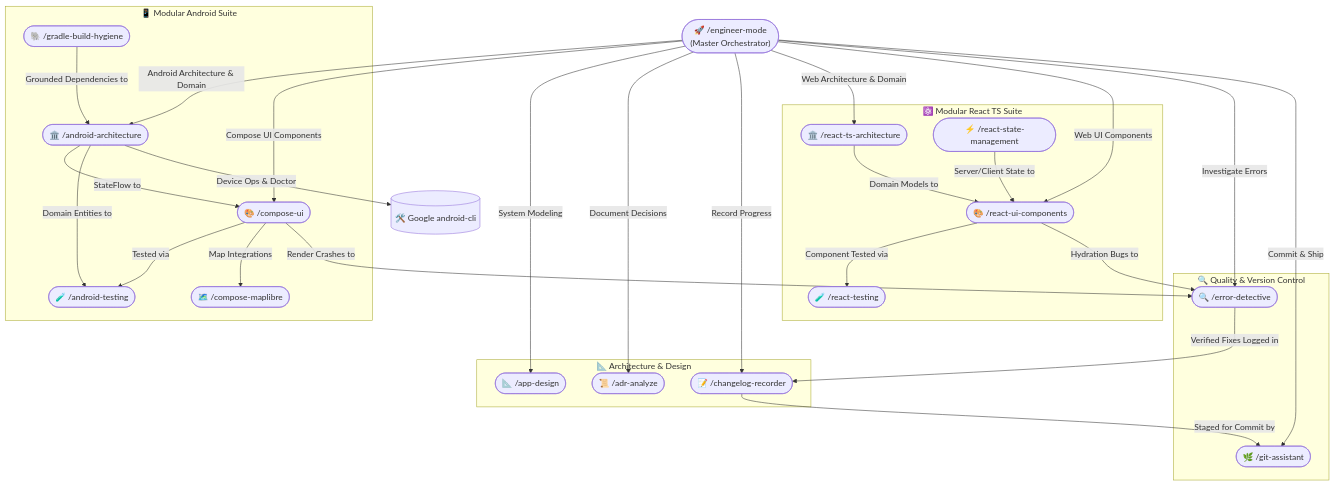
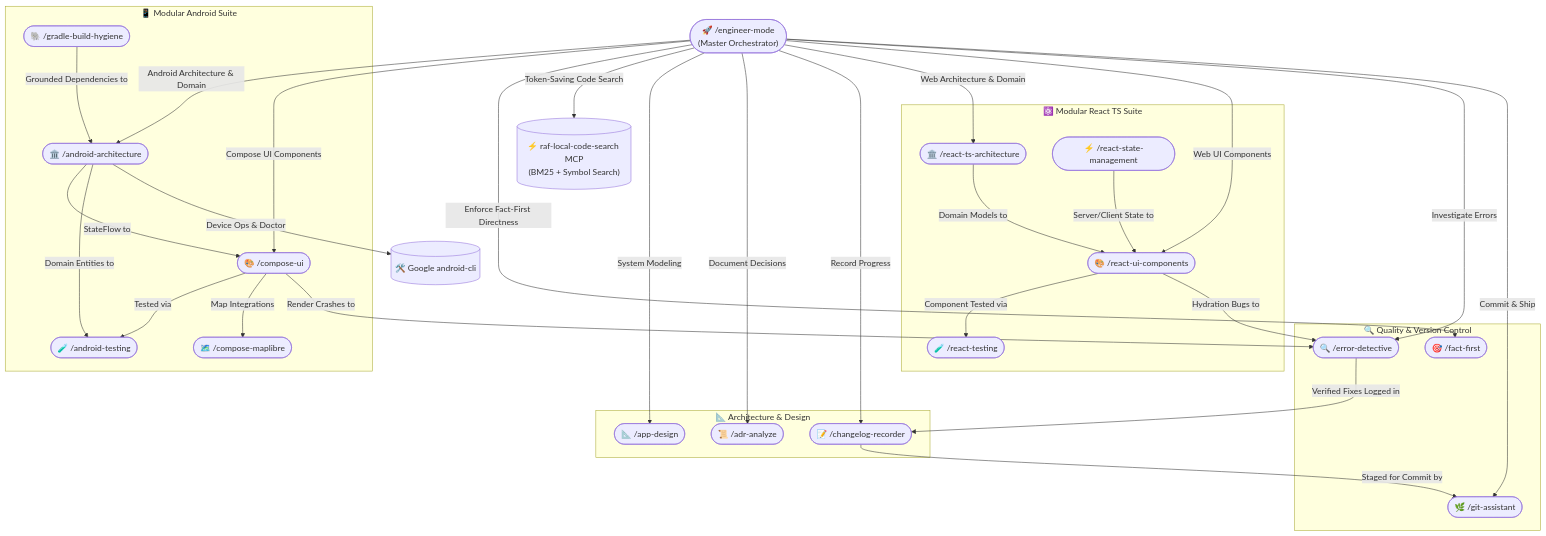
One commit to RidhwanAF/AI-Agent-Skills changed the diagram in engineer-mode/SKILL.md. Above: the diagram before and after it, drawn with Mermaid. The commit also changed other lines of this file and 19 other files, not shown here.

Commit message:
feat(mcp,skills): add local code search MCP, fact-first skill, and latest-API Do/Don't rules

````diff
--- a/engineer-mode/SKILL.md
+++ b/engineer-mode/SKILL.md
@@ -16,60 +16,64 @@
 ```mermaid
 flowchart TD
     EM(["🚀 /engineer-mode<br/>(Master Orchestrator)"])
 
     subgraph ArchitectureLayer ["📐 Architecture & Design"]
         AD(["📐 /app-design"])
         ADR(["📜 /adr-analyze"])
         CR(["📝 /changelog-recorder"])
     end
 
     subgraph AndroidSuite ["📱 Modular Android Suite"]
         AA(["🏛️ /android-architecture"])
         CUI(["🎨 /compose-ui"])
         ML(["🗺️ /compose-maplibre"])
         AT(["🧪 /android-testing"])
         GBH(["🐘 /gradle-build-hygiene"])
     end
 
     subgraph ReactSuite ["⚛️ Modular React TS Suite"]
         RTA(["🏛️ /react-ts-architecture"])
         RUI(["🎨 /react-ui-components"])
         RSM(["⚡ /react-state-management"])
         RT(["🧪 /react-testing"])
     end
 
     subgraph QualityAndShipping ["🔍 Quality & Version Control"]
+        FF(["🎯 /fact-first"])
         ED(["🔍 /error-detective"])
         GA(["🌿 /git-assistant"])
     end
 
+    LocalMCP[("⚡ raf-local-code-search MCP<br/>(BM25 + Symbol Search)")]
     GoogleCLI[("🛠️ Google android-cli")]
 
     %% Orchestrator routing
+    EM -->|Enforce Fact-First Directness| FF
+    EM -->|Token-Saving Code Search| LocalMCP
     EM -->|System Modeling| AD
     EM -->|Document Decisions| ADR
     EM -->|Record Progress| CR
     EM -->|Android Architecture & Domain| AA
     EM -->|Compose UI Components| CUI
     EM -->|Web Architecture & Domain| RTA
     EM -->|Web UI Components| RUI
     EM -->|Investigate Errors| ED
     EM -->|Commit & Ship| GA
 
     %% Inter-skill collaboration
     AA -->|StateFlow to| CUI
     AA -->|Domain Entities to| AT
     CUI -->|Tested via| AT
     CUI -->|Map Integrations| ML
     GBH -->|Grounded Dependencies to| AA
 
     RTA -->|Domain Models to| RUI
     RSM -->|Server/Client State to| RUI
     RUI -->|Component Tested via| RT
 
     AA -->|Device Ops & Doctor| GoogleCLI
     CUI -->|Render Crashes to| ED
     RUI -->|Hydration Bugs to| ED
     ED -->|Verified Fixes Logged in| CR
     CR -->|Staged for Commit by| GA
 ```
````
